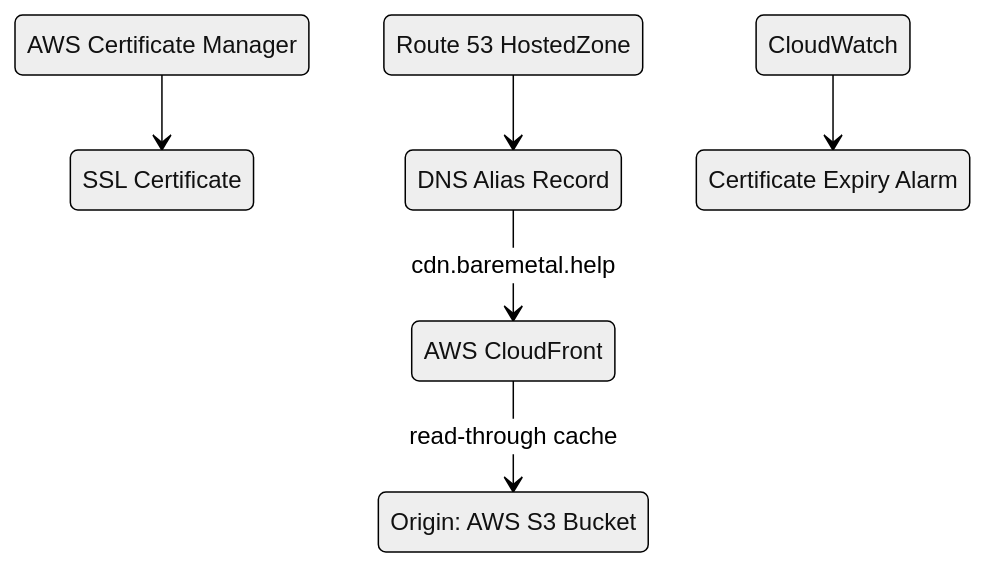
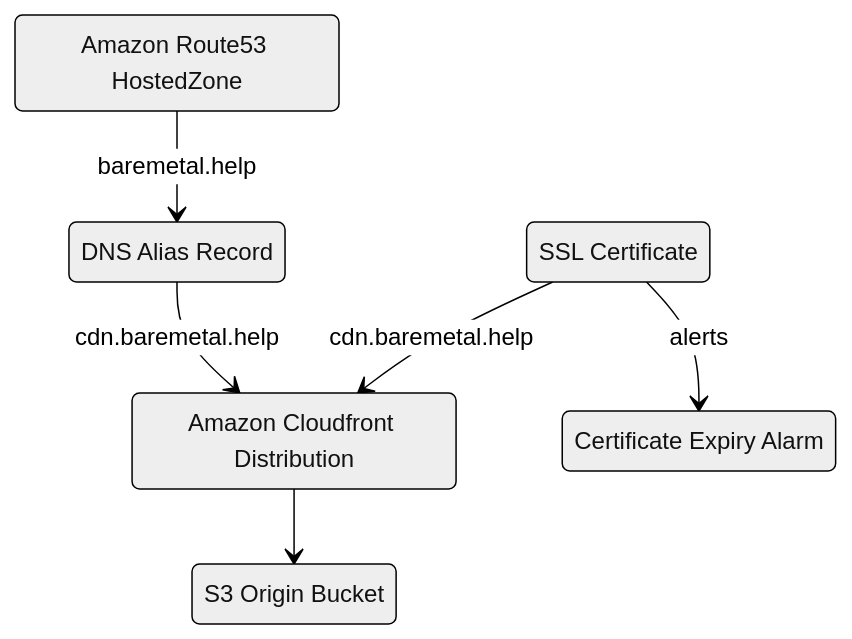
The diagram in docs/docs/cdn/index.md (baremetalhelp/baremetal.help), drawn with Mermaid (neutral theme) before and after one commit. The commit also changed other lines of this file and 61 other files, not shown here.

````diff
--- a/docs/docs/cdn/index.md
+++ b/docs/docs/cdn/index.md
@@ -37,16 +36,15 @@
 ```mermaid
 stateDiagram-v2
-  state "AWS CloudFront" as cloudfront
-  state "Origin: AWS S3 Bucket" as origin
-  state "Route 53 HostedZone" as hosted_zone
+  state "Amazon Cloudfront Distribution" as distribution
+  state "S3 Origin Bucket" as origin
+  state "Amazon Route53 HostedZone" as hosted_zone
   state "SSL Certificate" as ssl_cert
   state "DNS Alias Record" as a_record
-  state "AWS Certificate Manager" as acm
-  state "CloudWatch" as cloudwatch
   state "Certificate Expiry Alarm" as expiry_alarm
-  cloudwatch --> expiry_alarm
-  cloudfront --> origin : read-through cache
-  hosted_zone --> a_record
-  a_record --> cloudfront : cdn.baremetal.help
-  acm --> ssl_cert
+
+  hosted_zone --> a_record : baremetal.help
+  a_record --> distribution : cdn.baremetal.help
+  ssl_cert --> expiry_alarm : alerts
+  distribution --> origin
+  ssl_cert --> distribution : cdn.baremetal.help
 ```
````
